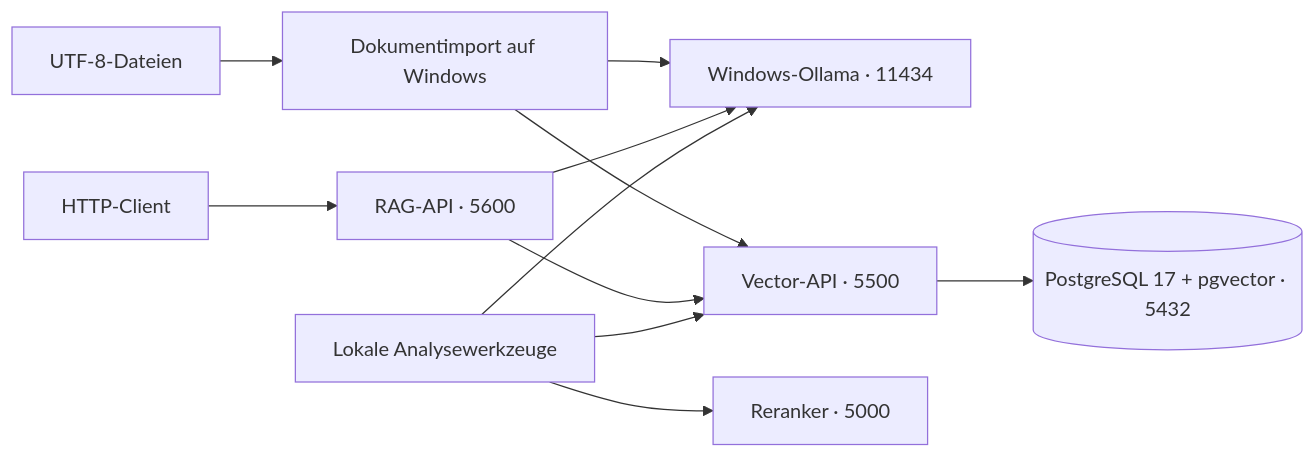
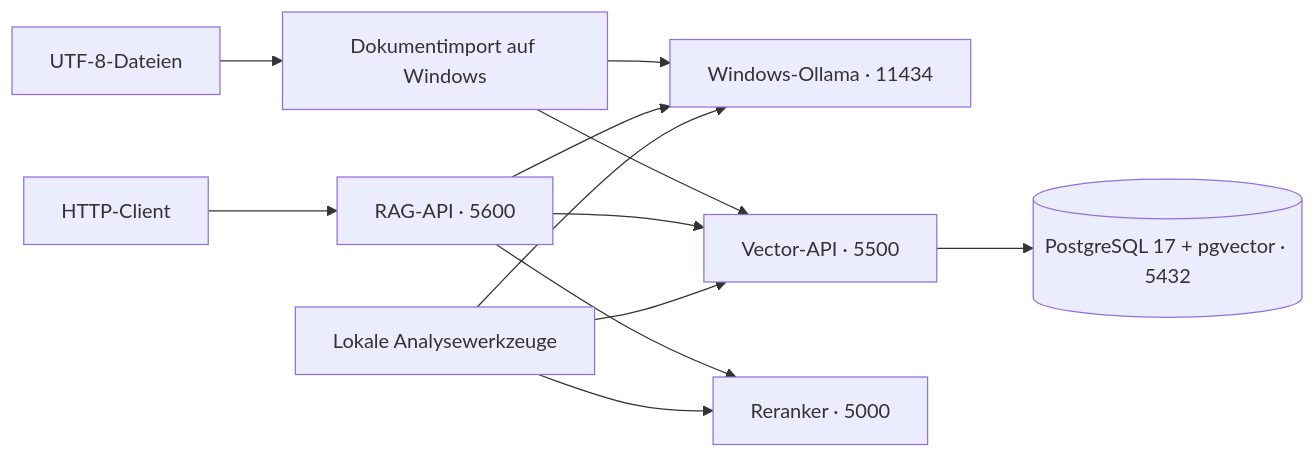
Before and after one commit to WolfgangNiebuhr/roemerrag: the diagram in docs/5-bausteinsicht.md, drawn with Mermaid. The commit also changed other lines of this file and 6 other files, not shown here.

````diff
--- a/docs/5-bausteinsicht.md
+++ b/docs/5-bausteinsicht.md
@@ -20,13 +29,14 @@
 ```mermaid
 flowchart LR
     client[HTTP-Client] --> rag[RAG-API · 5600]
     files[UTF-8-Dateien] --> ingest[Dokumentimport auf Windows]
     ingest --> ollama[Windows-Ollama · 11434]
     ingest --> vector[Vector-API · 5500]
     rag --> ollama
     rag --> vector
+    rag --> rerank
     vector --> db[(PostgreSQL 17 + pgvector · 5432)]
     tools[Lokale Analysewerkzeuge] --> ollama
     tools --> vector
     tools --> rerank[Reranker · 5000]
 ```
````
